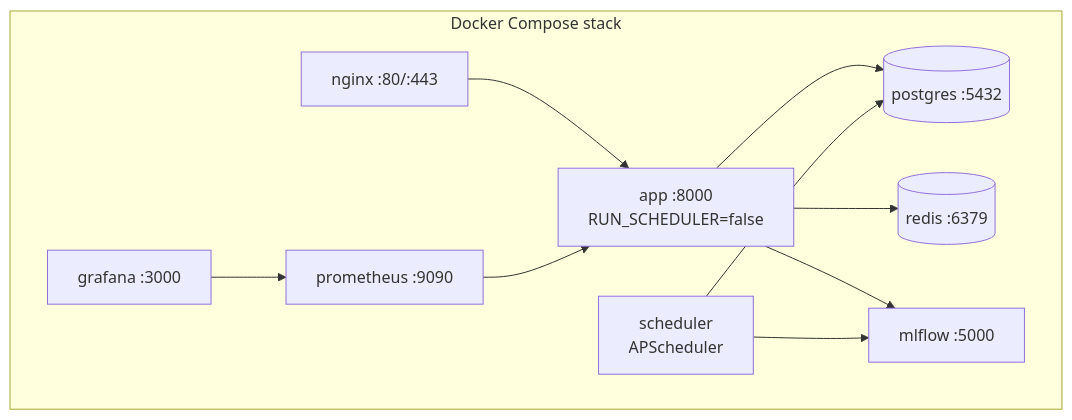
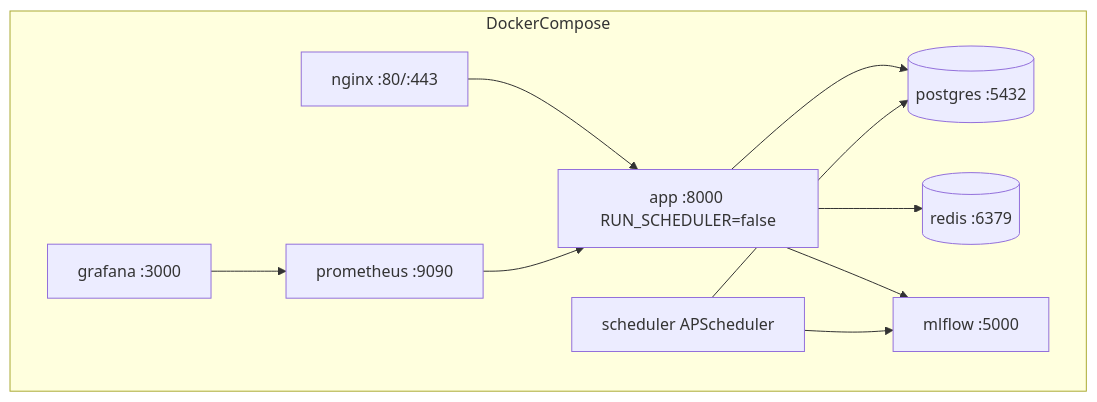
The diagram in docs/diagrams/05-deployment.mmd (Evgeniy2001Poluhin/-SORA.Earth), drawn with Mermaid before and after one commit. The commit also changed 4 other files, not shown here.

Commit message:
docs: visual documontainer, Component, Data flow, Deployment - docs/screenshots/README.md: 9 thesis artifacts with captions + chapter mapping - docs/THESIS_NOTES.md: bumped 7 -> 9 screenshots - README.md: + Architecture diagrams + Screenshots sections

```diff
--- a/docs/diagrams/05-deployment.mmd
+++ b/docs/diagrams/05-deployment.mmd
@@ -1,20 +1,20 @@
 graph TB
-  subgraph "Docker Compose stack"
+  subgraph DockerCompose
     n["nginx :80/:443"]
-    a["app :8000<br/>RUN_SCHEDULER=false"]
-    s["scheduler<br/>APScheduler"]
+    a["app :8000 RUN_SCHEDULER=false"]
+    s["scheduler APScheduler"]
     p[("postgres :5432")]
     r[("redis :6379")]
     pr["prometheus :9090"]
     gr["grafana :3000"]
     ml["mlflow :5000"]
   end
 
   n --> a
   a --> p
   a --> r
   a --> ml
   s --> p
   s --> ml
   pr --> a
   gr --> pr
```
